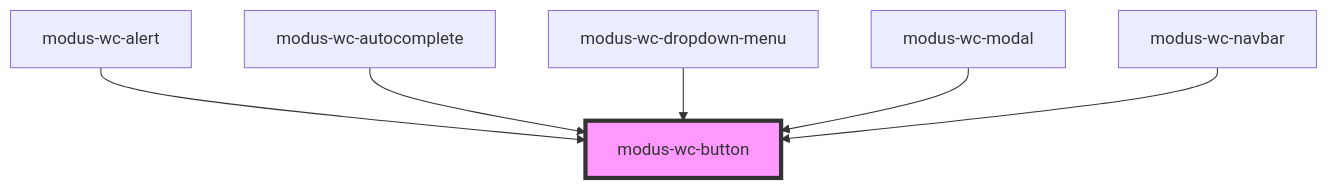
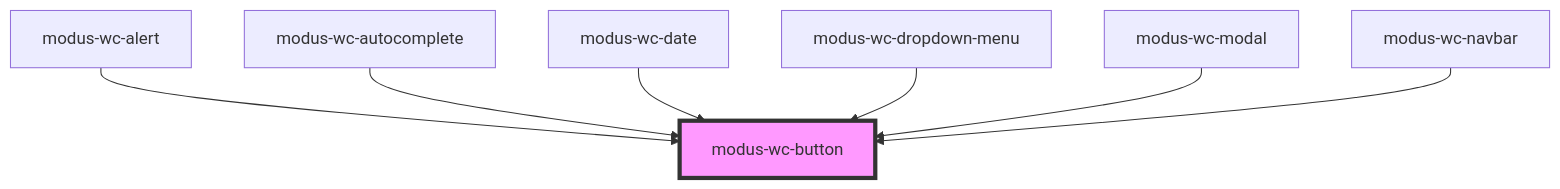
One commit to trimble-oss/modus-wc-2.0 changed the diagram in src/components/modus-wc-button/readme.md. Above: the diagram before and after it, drawn with Mermaid. The commit also changed other lines of this file and 7 other files, not shown here.

````diff
--- a/src/components/modus-wc-button/readme.md
+++ b/src/components/modus-wc-button/readme.md
@@ -45,9 +46,10 @@
 ```mermaid
 graph TD;
   modus-wc-alert --> modus-wc-button
   modus-wc-autocomplete --> modus-wc-button
+  modus-wc-date --> modus-wc-button
   modus-wc-dropdown-menu --> modus-wc-button
   modus-wc-modal --> modus-wc-button
   modus-wc-navbar --> modus-wc-button
   style modus-wc-button fill:#f9f,stroke:#333,stroke-width:4px
 ```
````
